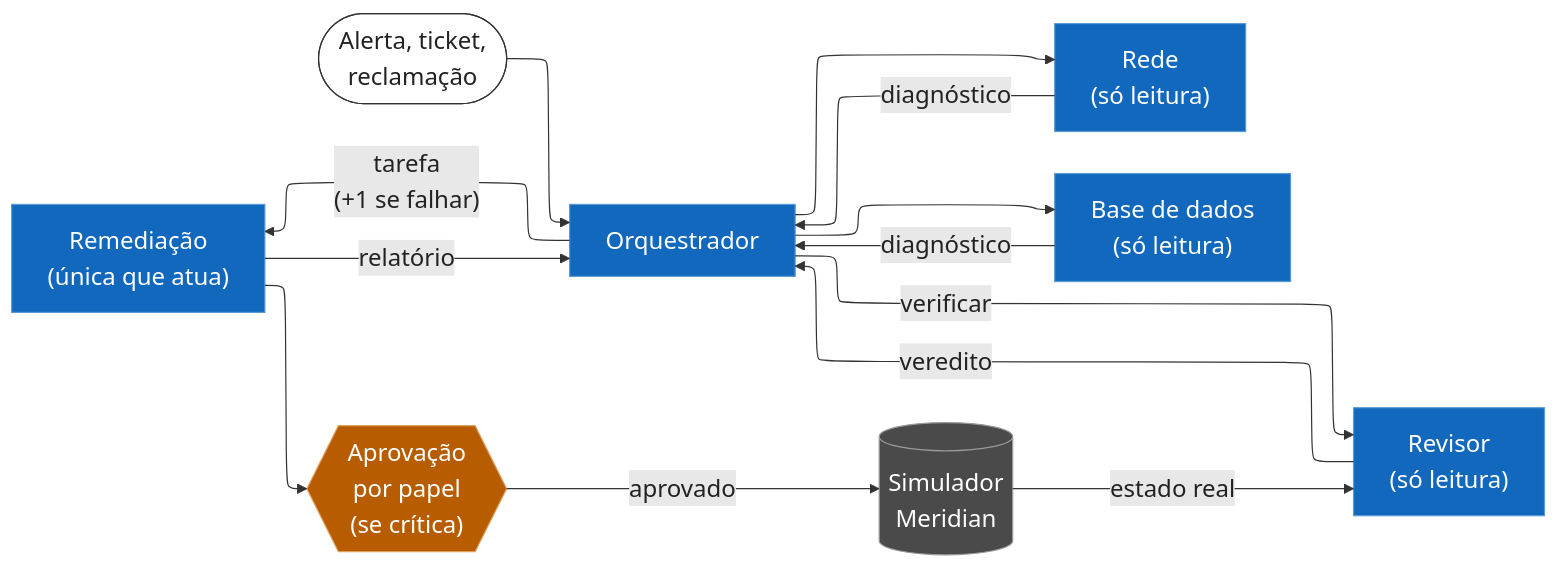
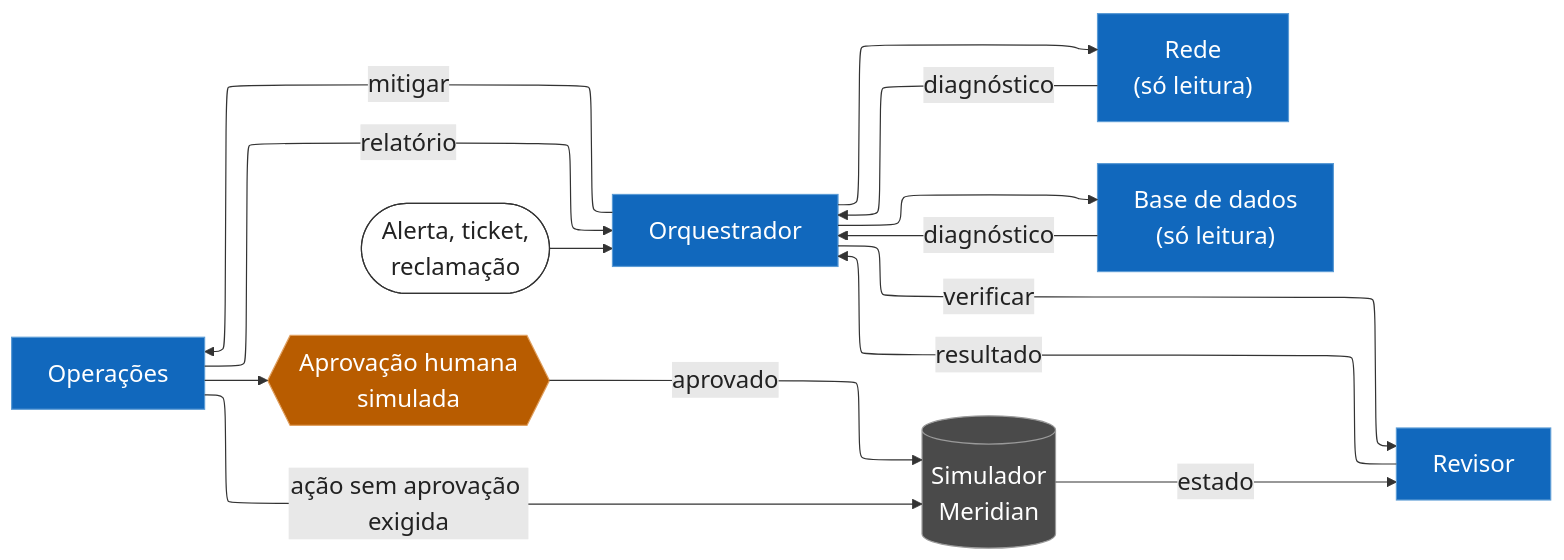
Before and after one commit to joaoptpsa/gen-ai-course: the diagram in projects/course-02-agentic-ai/presentation/diagrams/flow.mmd, drawn with Mermaid. The commit also changed 16 other files, not shown here.

```diff
--- a/projects/course-02-agentic-ai/presentation/diagrams/flow.mmd
+++ b/projects/course-02-agentic-ai/presentation/diagrams/flow.mmd
@@ -1,46 +1,47 @@
 ---
 config:
   layout: elk
   look: classic
   theme: base
   themeVariables:
     fontSize: "20px"
     lineColor: "#333333"
     edgeLabelBackground: "#e8e8e8"
     primaryTextColor: "#222222"
   flowchart:
     wrappingWidth: 240
     nodeSpacing: 34
     rankSpacing: 72
 ---
 flowchart LR
   input(["Alerta, ticket,<br/>reclamação"])
   orchestrator["Orquestrador"]
   network["Rede<br/>(só leitura)"]
   database["Base de dados<br/>(só leitura)"]
-  remediation["Remediação<br/>(única que atua)"]
-  reviewer["Revisor<br/>(só leitura)"]
-  approval{{"Aprovação<br/>por papel<br/>(se crítica)"}}
+  remediation["Operações"]
+  reviewer["Revisor"]
+  approval{{"Aprovação humana<br/>simulada"}}
   simulator[("Simulador<br/>Meridian")]
 
   input --> orchestrator
   orchestrator --> network
   network -->|"diagnóstico"| orchestrator
   orchestrator --> database
   database -->|"diagnóstico"| orchestrator
-  orchestrator -->|"tarefa<br/>(+1 se falhar)"| remediation
+  orchestrator -->|"mitigar"| remediation
   remediation -->|"relatório"| orchestrator
   remediation --> approval
   approval -->|"aprovado"| simulator
+  remediation -->|"ação sem aprovação exigida"| simulator
   orchestrator -->|"verificar"| reviewer
-  simulator -->|"estado real"| reviewer
-  reviewer -->|"veredito"| orchestrator
+  simulator -->|"estado"| reviewer
+  reviewer -->|"resultado"| orchestrator
 
   classDef inputNode fill:#ffffff,stroke:#333333,color:#222222
   classDef agent fill:#1168bd,stroke:#5b9bd5,color:#ffffff
   classDef gate fill:#b85c00,stroke:#e0a060,color:#ffffff
   classDef store fill:#4a4a4a,stroke:#9a9a9a,color:#ffffff
   class input inputNode
   class orchestrator,network,database,remediation,reviewer agent
   class approval gate
   class simulator store
```
